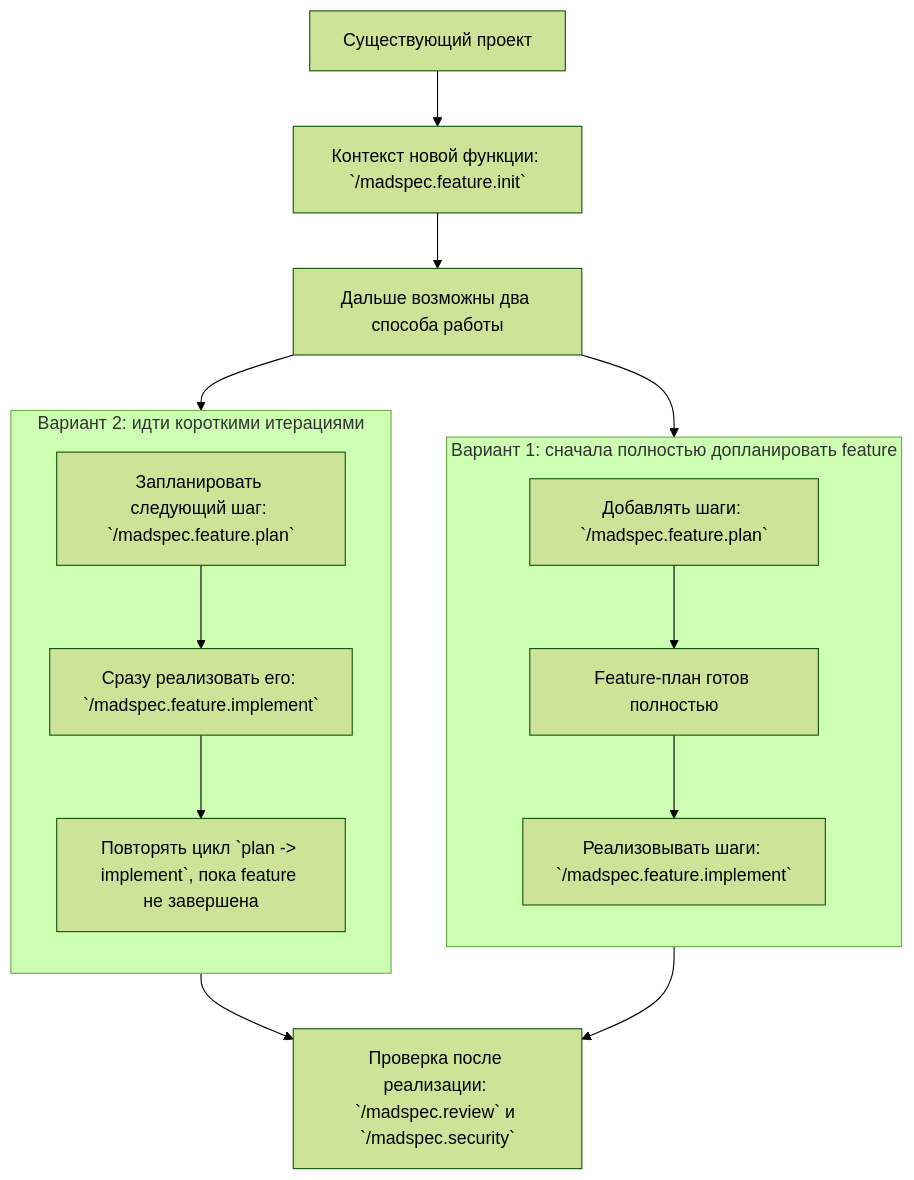
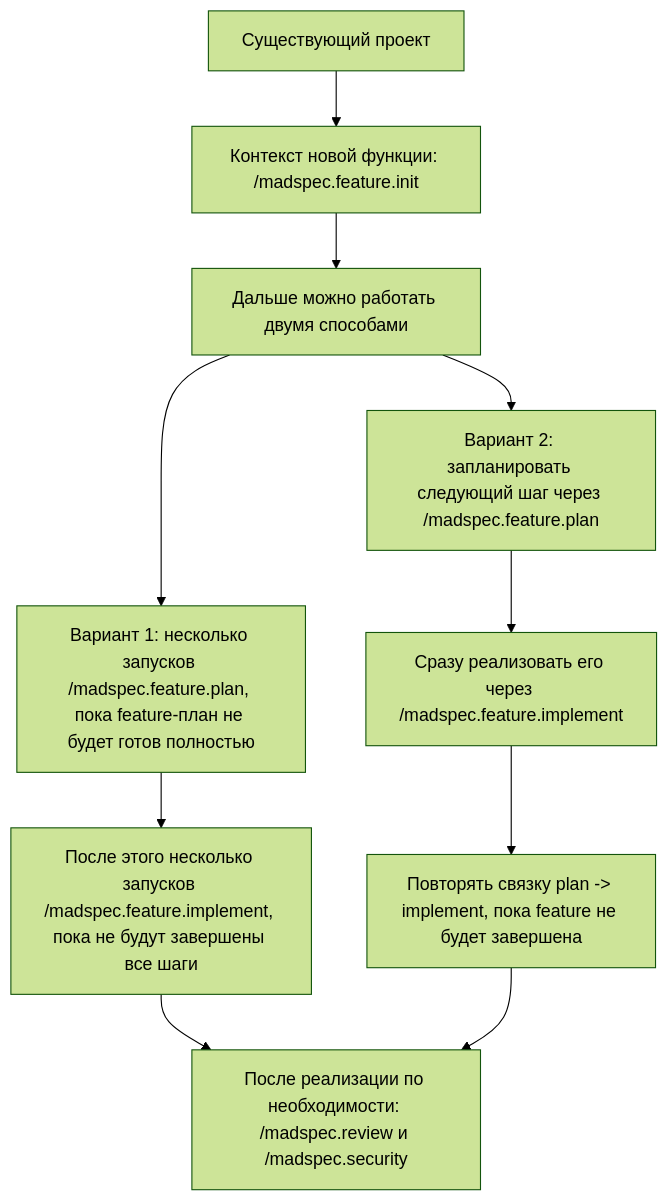
One commit to MADTeacher/MADSpec changed the second of 2 diagrams in README.md. Above: the diagram before and after it, drawn with Mermaid (forest theme). The commit also changed other lines of this file, not shown here.

````diff
--- a/README.md
+++ b/README.md
@@ -131,23 +124,15 @@
 ```mermaid
 flowchart TB
-    A["Существующий проект"] --> B["Контекст новой функции: `/madspec.feature.init`"]
-    B --> C["Дальше возможны два способа работы"]
+    A["Существующий проект"] --> B["Контекст новой функции: /madspec.feature.init"]
+    B --> C["Дальше можно работать двумя способами"]
 
-    C --> D1
-    C --> D2
+    C --> D["Вариант 1: несколько запусков /madspec.feature.plan, пока feature-план не будет готов полностью"]
+    D --> E["После этого несколько запусков /madspec.feature.implement, пока не будут завершены все шаги"]
 
-    subgraph D1["Вариант 1: сначала полностью допланировать feature"]
-        direction TB
-        P1["Добавлять шаги: `/madspec.feature.plan`"] --> P2["Feature-план готов полностью"]
-        P2 --> P3["Реализовывать шаги: `/madspec.feature.implement`"]
-    end
+    C --> F["Вариант 2: запланировать следующий шаг через /madspec.feature.plan"]
+    F --> G["Сразу реализовать его через /madspec.feature.implement"]
+    G --> H["Повторять связку plan -> implement, пока feature не будет завершена"]
 
-    subgraph D2["Вариант 2: идти короткими итерациями"]
-        direction TB
-        I1["Запланировать следующий шаг: `/madspec.feature.plan`"] --> I2["Сразу реализовать его: `/madspec.feature.implement`"]
-        I2 --> I3["Повторять цикл `plan -> implement`, пока feature не завершена"]
-    end
-
-    P3 --> R["Проверка после реализации: `/madspec.review` и `/madspec.security`"]
-    I3 --> R
+    E --> R["После реализации по необходимости: /madspec.review и /madspec.security"]
+    H --> R
 ```
````
